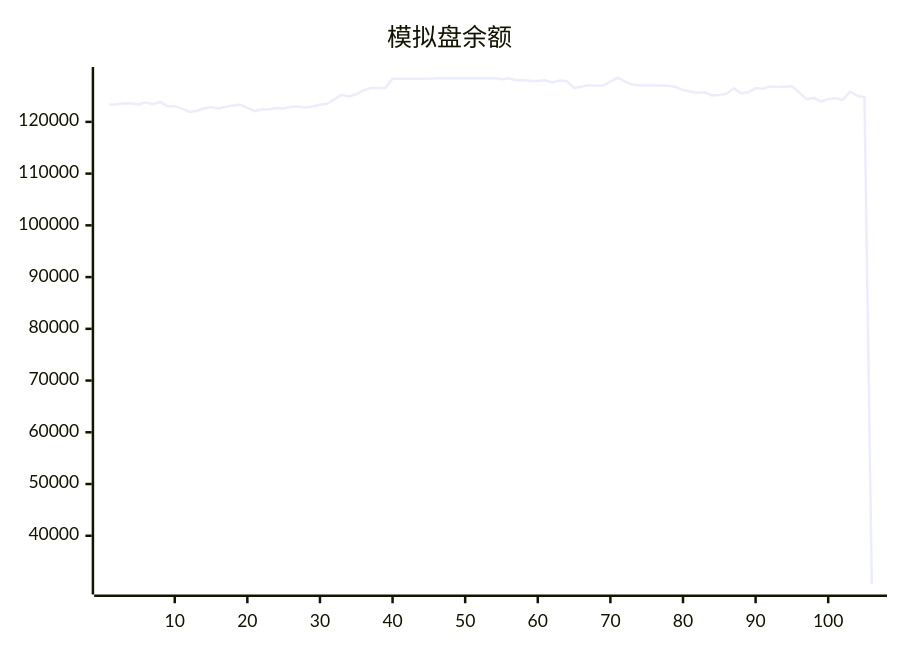
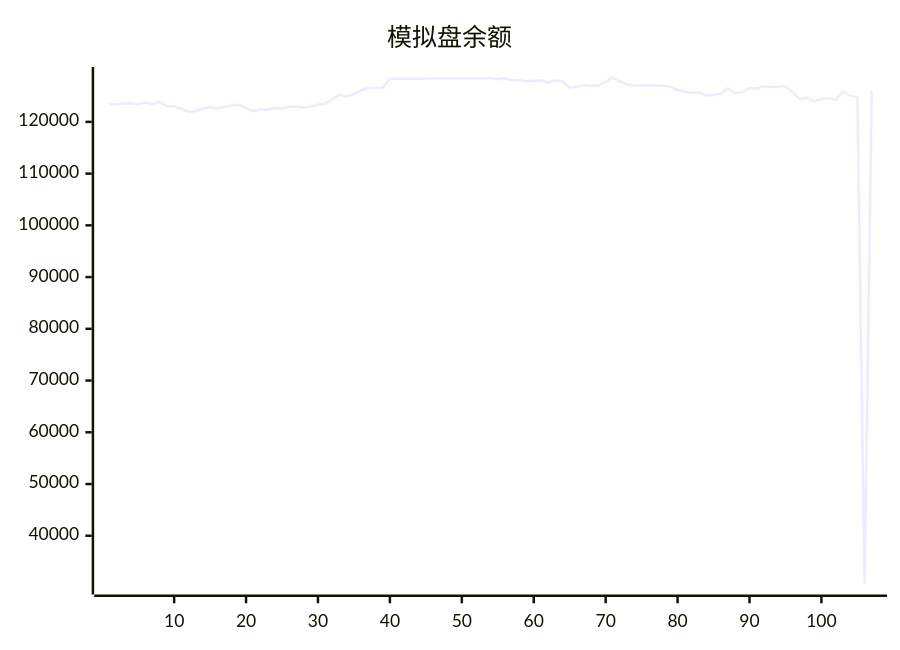
One commit to aahl/ai-trading changed the diagram in README.md. Above: the diagram before and after it, drawn with Mermaid. The commit also changed other lines of this file and 1 other file, not shown here.

````diff
--- a/README.md
+++ b/README.md
@@ -5,5 +5,5 @@
 ```mermaid
 xychart
     title "模拟盘余额"
-    line [123338,123402,123530,123592,123378,123745,123413,123853,123009,123040,122557,121938,122095,122599,122856,122597,122898,123160,123319,122719,122087,122454,122416,122685,122592,122907,122961,122776,122981,123295,123507,124403,125224,124894,125303,126088,126544,126534,126549,128335,128318,128318,128318,128318,128318,128424,128424,128424,128424,128424,128424,128424,128424,128424,128247,128412,128062,128087,127917,127901,128026,127611,128000,127850,126572,126770,127100,126971,127029,127783,128554,127765,127224,127064,127044,127009,127025,127004,126738,126152,125871,125635,125707,125117,125217,125420,126480,125545,125715,126511,126424,126856,126764,126788,126890,125710,124381,124632,123936,124402,124574,124256,125833,125070,124739,30700]
+    line [123338,123402,123530,123592,123378,123745,123413,123853,123009,123040,122557,121938,122095,122599,122856,122597,122898,123160,123319,122719,122087,122454,122416,122685,122592,122907,122961,122776,122981,123295,123507,124403,125224,124894,125303,126088,126544,126534,126549,128335,128318,128318,128318,128318,128318,128424,128424,128424,128424,128424,128424,128424,128424,128424,128247,128412,128062,128087,127917,127901,128026,127611,128000,127850,126572,126770,127100,126971,127029,127783,128554,127765,127224,127064,127044,127009,127025,127004,126738,126152,125871,125635,125707,125117,125217,125420,126480,125545,125715,126511,126424,126856,126764,126788,126890,125710,124381,124632,123936,124402,124574,124256,125833,125070,124739,30700,126154]
 ```
````
